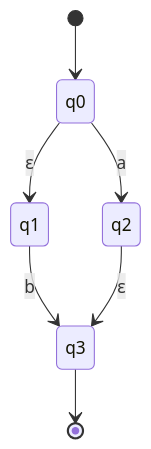
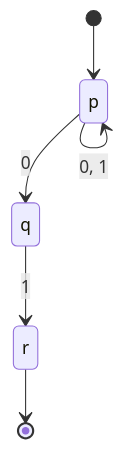
One commit to djaimej/computer-science-template changed the first of 2 diagrams in public/documents/semester-4/1/4125.md. Above: the diagram before and after it, drawn with Mermaid. The commit also changed other lines of this file and 7 other files, not shown here.

````diff
--- a/public/documents/semester-4/1/4125.md
+++ b/public/documents/semester-4/1/4125.md
@@ -27,9 +23,8 @@
 ```mermaid
 stateDiagram-v2
-    [*] --> q0
-    q0 --> q1: ε
-    q0 --> q2: a
-    q1 --> q3: b
-    q2 --> q3: ε
-    q3 --> [*]
+    [*] --> p
+    p --> p: 0, 1
+    p --> q: 0
+    q --> r: 1
+    r --> [*]
 ```
````
